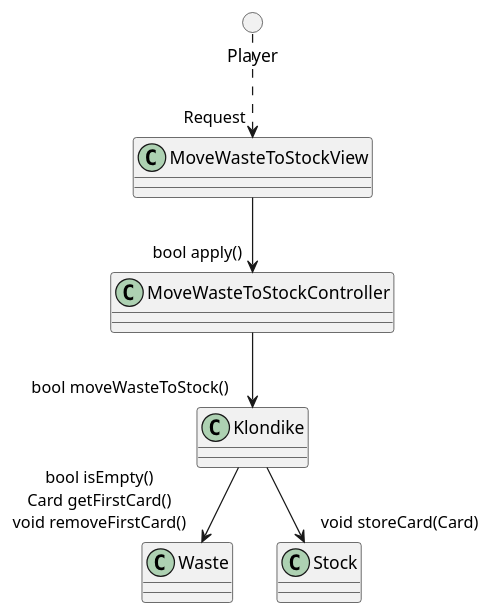
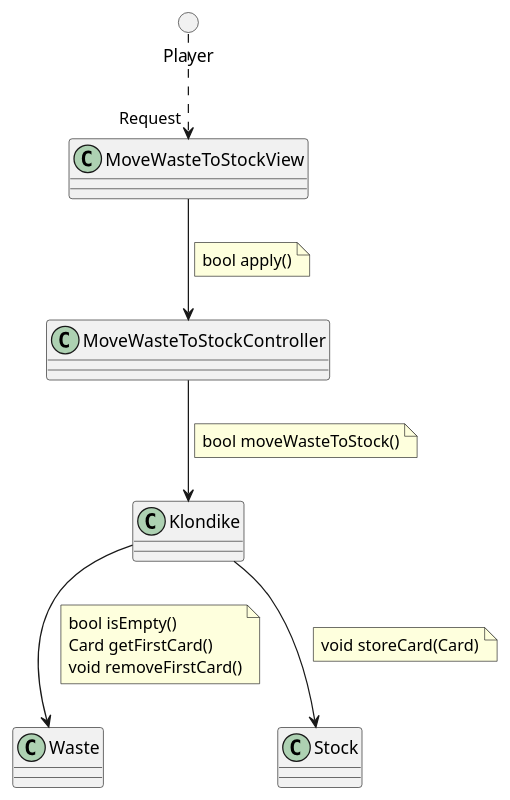
Before and after one commit to ciscoruiz/klondike: the diagram in analysis/collaboration/MoveWasteToStock.puml, drawn with PlantUML. The commit also changed 2 other files, not shown here.

Commit message:
Use "note on link" expression to improve readability of diagrams

```diff
--- a/analysis/collaboration/MoveWasteToStock.puml
+++ b/analysis/collaboration/MoveWasteToStock.puml
@@ -1,18 +1,23 @@
 @startuml
 class MoveWasteToStockView
 class MoveWasteToStockController
 class Klondike
 class Waste
 class Stock
 circle Player
 
 Player ..> "Request" MoveWasteToStockView
 
-MoveWasteToStockView --> "bool apply()" MoveWasteToStockController
+MoveWasteToStockView --> MoveWasteToStockController
+note on link: bool apply()
 
-MoveWasteToStockController --> "bool moveWasteToStock()" Klondike
+MoveWasteToStockController --> Klondike
+note on link: bool moveWasteToStock()
 
-Klondike --> "bool isEmpty()\nCard getFirstCard()\nvoid removeFirstCard()" Waste
-Klondike --> "void storeCard(Card)" Stock
+Klondike --> Waste
+note on link: bool isEmpty()\nCard getFirstCard()\nvoid removeFirstCard()
+
+Klondike --> Stock
+note on link: void storeCard(Card)
 
 @enduml
```
